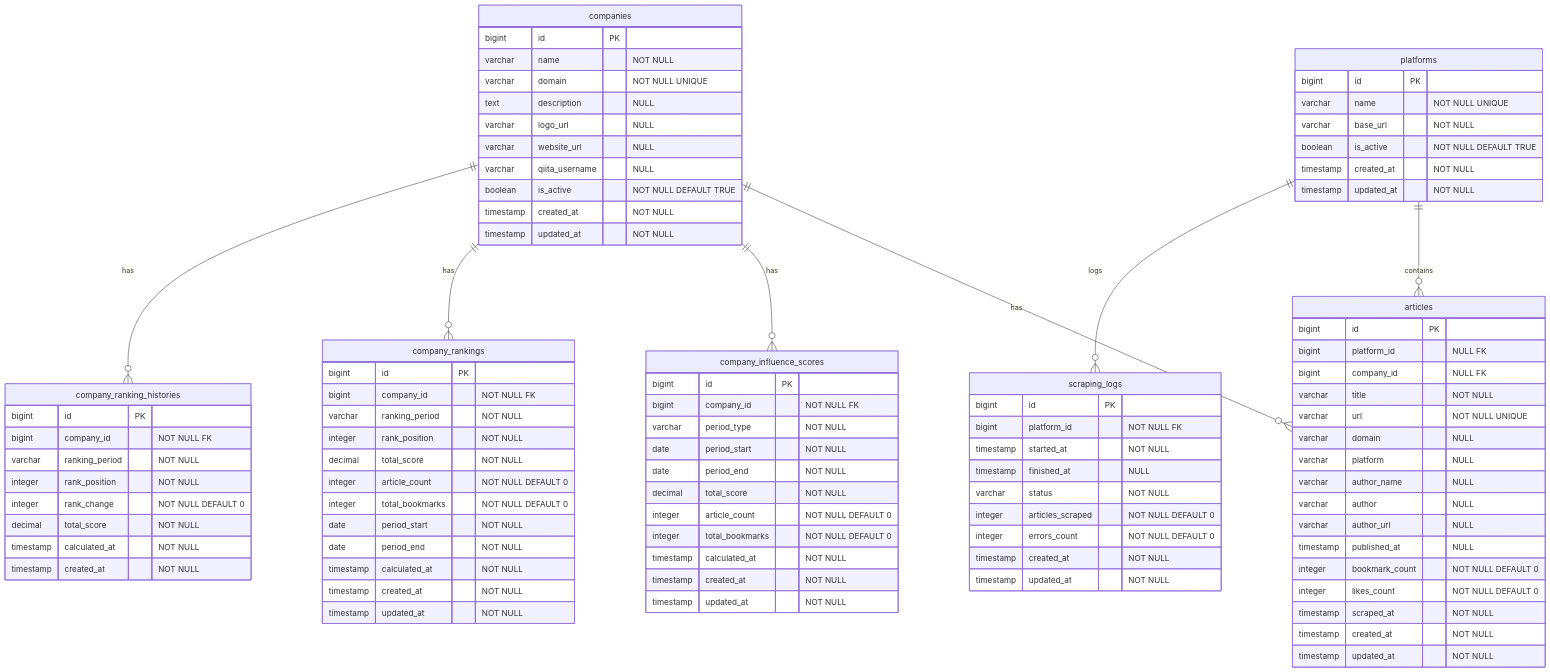
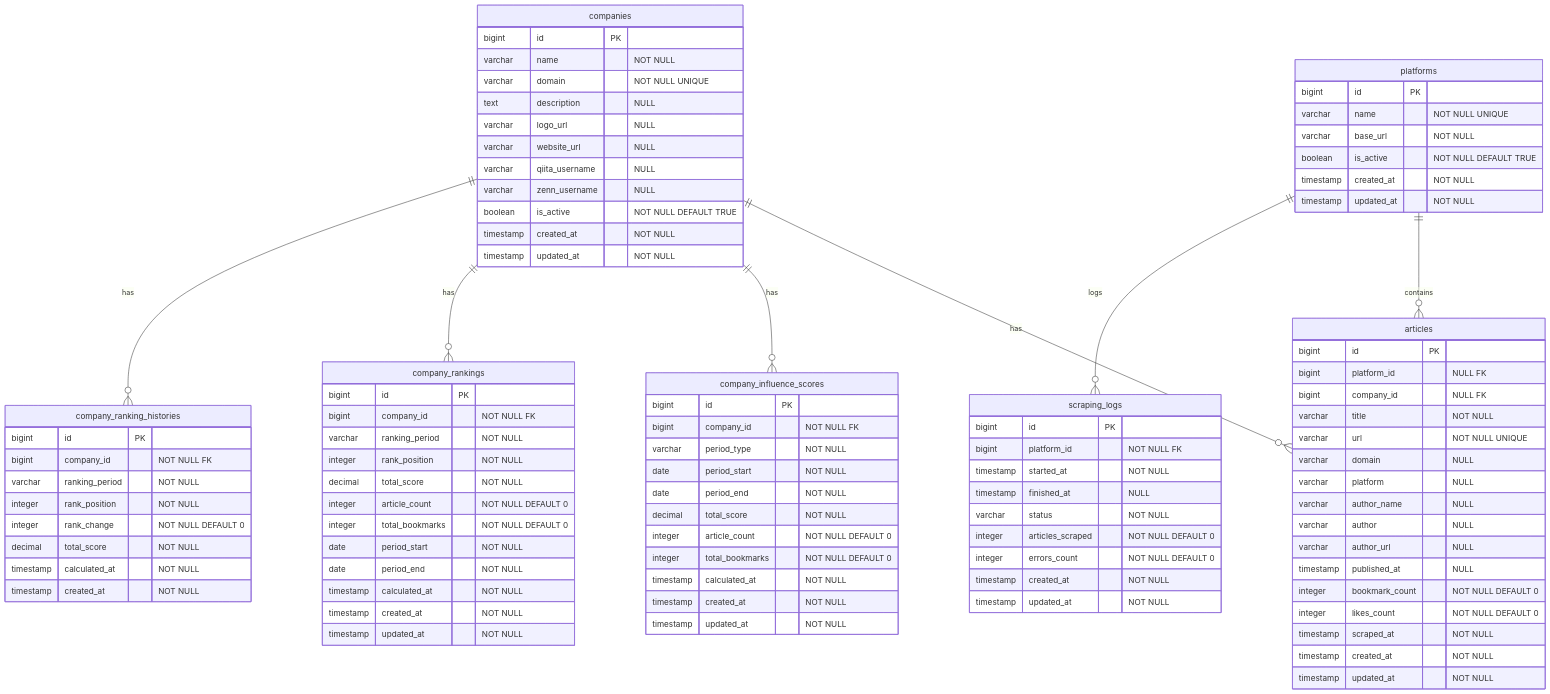
The diagram in docs/wiki/データベース設計.md (rfdnxbro/trends-laravel), drawn with Mermaid before and after one commit. The commit also changed other lines of this file and 1 other file, not shown here.

Commit message:
docs: Zennスクレイピング機能実装に伴うwikiドキュメント更新
- 機能仕様.mdでZennの実装状況を「実装済み」に更新
- Zenn固有のデータ項目を追加
- データベース設計.mdでcompaniesテーブルのzenn_usernameカラムを追加

🤖 Generated with [Claude Code](https://claude.ai/code)

```diff
--- a/docs/wiki/データベース設計.md
+++ b/docs/wiki/データベース設計.md
@@ -161,6 +162,7 @@
         varchar logo_url "NULL"
         varchar website_url "NULL"
         varchar qiita_username "NULL"
+        varchar zenn_username "NULL"
         boolean is_active "NOT NULL DEFAULT TRUE"
         timestamp created_at "NOT NULL"
         timestamp updated_at "NOT NULL"
```
